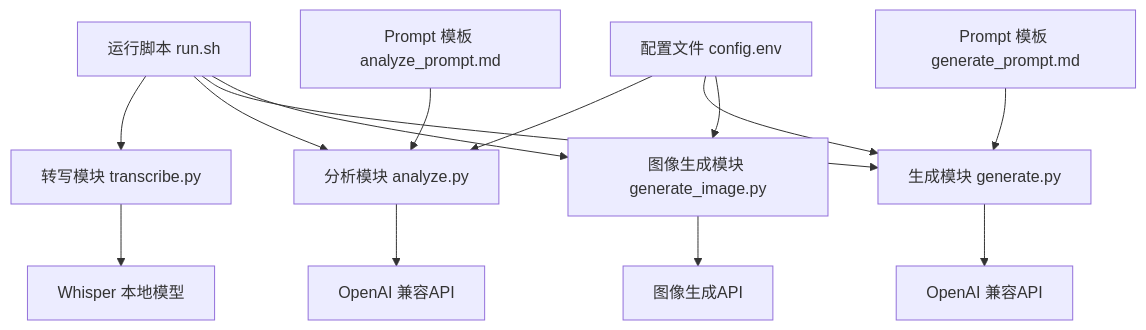
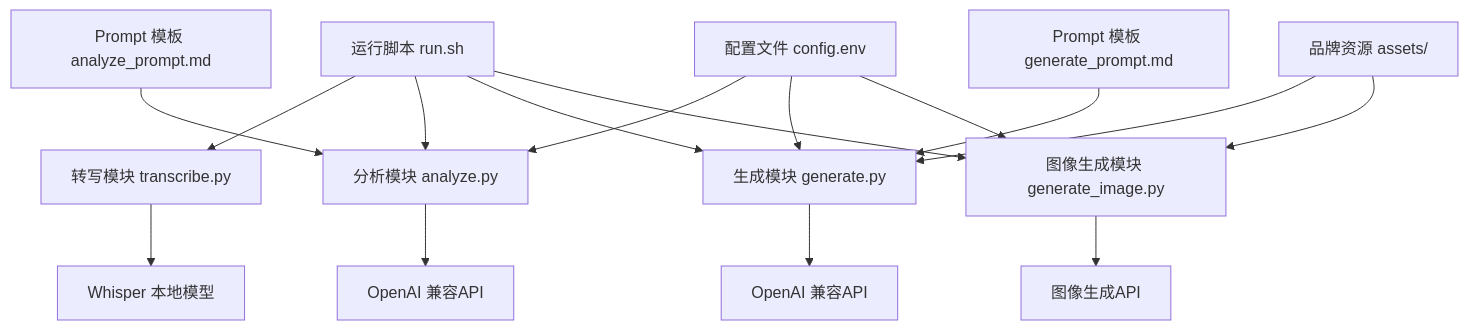
One commit to WongMingJiu/landingpage-test-hero-page changed the first of 7 diagrams in .qoder/repowiki/zh/content/配置和定制/API配置.md. Above: the diagram before and after it, drawn with Mermaid. The commit also changed other lines of this file and 4 other files, not shown here.

First line of the commit message:
feat: 生图输出尺寸改为 750x1125（API 生成 1024x1536 后 Pillow 缩放）

````diff
--- a/.qoder/repowiki/zh/content/配置和定制/API配置.md
+++ b/.qoder/repowiki/zh/content/配置和定制/API配置.md
@@ -48,16 +49,18 @@
 ```mermaid
 graph TB
 A["运行脚本 run.sh"] --> B["转写模块 transcribe.py"]
 A --> C["分析模块 analyze.py"]
 A --> D["生成模块 generate.py"]
 A --> E["图像生成模块 generate_image.py"]
 B --> F["Whisper 本地模型"]
 C --> G["OpenAI 兼容API"]
 D --> H["OpenAI 兼容API"]
 E --> I["图像生成API"]
 J["配置文件 config.env"] --> C
 J --> D
 J --> E
 K["Prompt 模板 analyze_prompt.md"] --> C
 L["Prompt 模板 generate_prompt.md"] --> D
+M["品牌资源 assets/"] --> D
+M --> E
 ```
````
